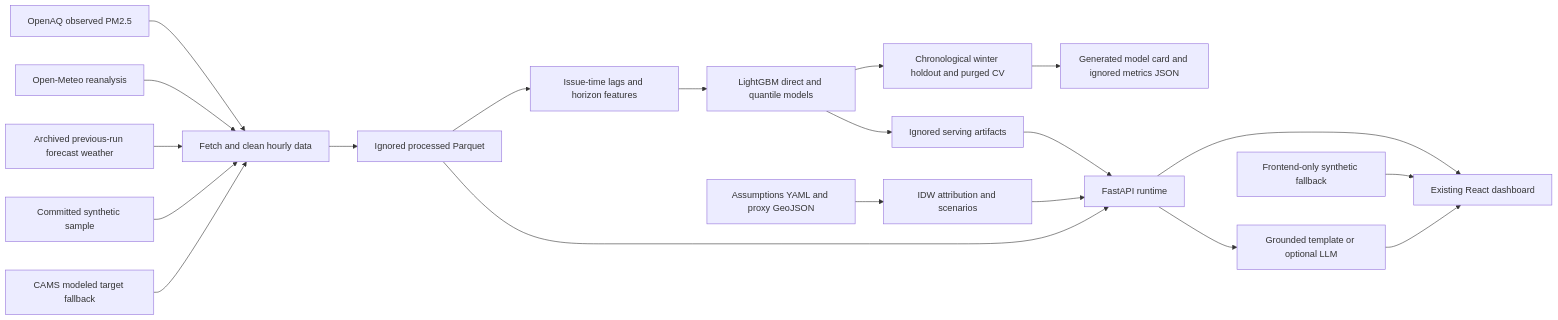
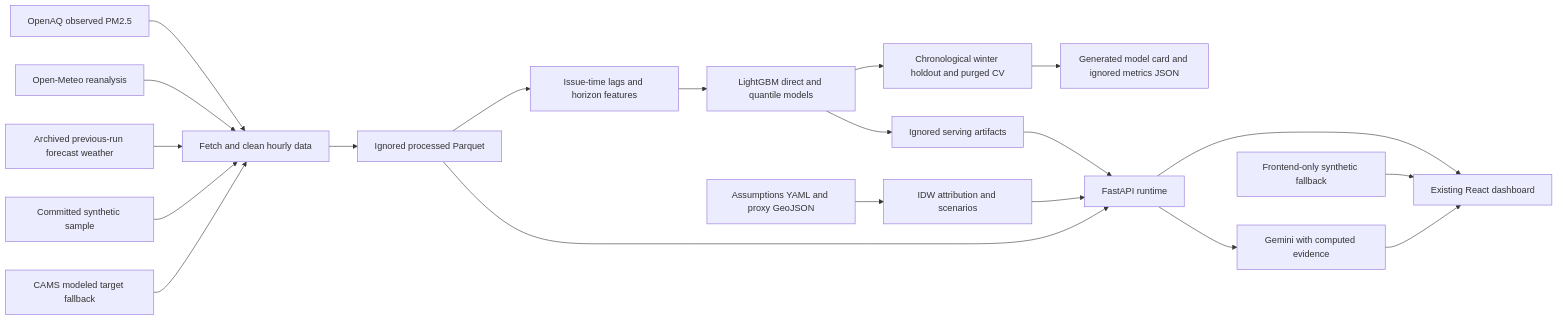
The diagram in docs/architecture.md (RajvardhanPatil07/AirTwin), drawn with Mermaid before and after one commit. The commit also changed other lines of this file and 7 other files, not shown here.

````diff
--- a/docs/architecture.md
+++ b/docs/architecture.md
@@ -3,22 +3,22 @@
 ```mermaid
 flowchart LR
   OA[OpenAQ observed PM2.5] --> F[Fetch and clean hourly data]
   W[Open-Meteo reanalysis] --> F
   HF[Archived previous-run forecast weather] --> F
   SAMPLE[Committed synthetic sample] --> F
   CAMS[CAMS modeled target fallback] --> F
   F --> DATA[Ignored processed Parquet]
   DATA --> FEAT[Issue-time lags and horizon features]
   FEAT --> TRAIN[LightGBM direct and quantile models]
   TRAIN --> VAL[Chronological winter holdout and purged CV]
   VAL --> CARD[Generated model card and ignored metrics JSON]
   TRAIN --> MODELS[Ignored serving artifacts]
   DATA --> API[FastAPI runtime]
   MODELS --> API
   CONFIG[Assumptions YAML and proxy GeoJSON] --> SPATIAL[IDW attribution and scenarios]
   SPATIAL --> API
   API --> UI[Existing React dashboard]
-  API --> EXPLAIN[Grounded template or optional LLM]
+  API --> EXPLAIN[Gemini with computed evidence]
   EXPLAIN --> UI
   MOCK[Frontend-only synthetic fallback] --> UI
 ```
````
